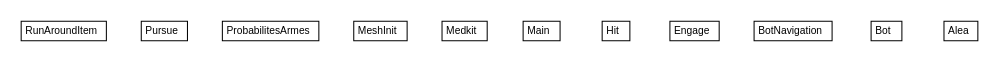
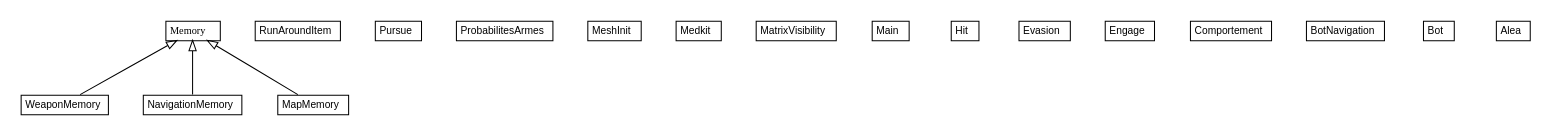
Before and after one commit to 1Fender1/BotContest2017: the diagram in target/apidocs/com/mycompany/utbotcontest/com.mycompany.utbotcontest.dot, drawn with Graphviz. The commit also changed 433 other files, not shown here.

```diff
--- a/target/apidocs/com/mycompany/utbotcontest/com.mycompany.utbotcontest.dot
+++ b/target/apidocs/com/mycompany/utbotcontest/com.mycompany.utbotcontest.dot
@@ -1,78 +1,126 @@
 #!/usr/local/bin/dot
 #
 # Class diagram 
 # Generated by UMLGraph version 5.1 (http://www.umlgraph.org/)
 #
 
 digraph G {
 	edge [fontname="arial",fontsize=10,labelfontname="arial",labelfontsize=10];
 	node [fontname="arial",fontsize=10,shape=plaintext];
 	nodesep=0.25;
 	ranksep=0.5;
+	// com.mycompany.utbotcontest.WeaponMemory
+	c0 [label=<<table title="com.mycompany.utbotcontest.WeaponMemory" border="0" cellborder="1" cellspacing="0" cellpadding="2" port="p" href="./WeaponMemory.html">
+		<tr><td><table border="0" cellspacing="0" cellpadding="1">
+<tr><td align="center" balign="center"> WeaponMemory </td></tr>
+		</table></td></tr>
+		</table>>, fontname="arial", fontcolor="black", fontsize=10.0];
 	// com.mycompany.utbotcontest.RunAroundItem
-	c0 [label=<<table title="com.mycompany.utbotcontest.RunAroundItem" border="0" cellborder="1" cellspacing="0" cellpadding="2" port="p" href="./RunAroundItem.html">
+	c1 [label=<<table title="com.mycompany.utbotcontest.RunAroundItem" border="0" cellborder="1" cellspacing="0" cellpadding="2" port="p" href="./RunAroundItem.html">
 		<tr><td><table border="0" cellspacing="0" cellpadding="1">
 <tr><td align="center" balign="center"> RunAroundItem </td></tr>
 		</table></td></tr>
 		</table>>, fontname="arial", fontcolor="black", fontsize=10.0];
 	// com.mycompany.utbotcontest.Pursue
-	c1 [label=<<table title="com.mycompany.utbotcontest.Pursue" border="0" cellborder="1" cellspacing="0" cellpadding="2" port="p" href="./Pursue.html">
+	c2 [label=<<table title="com.mycompany.utbotcontest.Pursue" border="0" cellborder="1" cellspacing="0" cellpadding="2" port="p" href="./Pursue.html">
 		<tr><td><table border="0" cellspacing="0" cellpadding="1">
 <tr><td align="center" balign="center"> Pursue </td></tr>
 		</table></td></tr>
 		</table>>, fontname="arial", fontcolor="black", fontsize=10.0];
 	// com.mycompany.utbotcontest.ProbabilitesArmes
-	c2 [label=<<table title="com.mycompany.utbotcontest.ProbabilitesArmes" border="0" cellborder="1" cellspacing="0" cellpadding="2" port="p" href="./ProbabilitesArmes.html">
+	c3 [label=<<table title="com.mycompany.utbotcontest.ProbabilitesArmes" border="0" cellborder="1" cellspacing="0" cellpadding="2" port="p" href="./ProbabilitesArmes.html">
 		<tr><td><table border="0" cellspacing="0" cellpadding="1">
 <tr><td align="center" balign="center"> ProbabilitesArmes </td></tr>
 		</table></td></tr>
 		</table>>, fontname="arial", fontcolor="black", fontsize=10.0];
+	// com.mycompany.utbotcontest.NavigationMemory
+	c4 [label=<<table title="com.mycompany.utbotcontest.NavigationMemory" border="0" cellborder="1" cellspacing="0" cellpadding="2" port="p" href="./NavigationMemory.html">
+		<tr><td><table border="0" cellspacing="0" cellpadding="1">
+<tr><td align="center" balign="center"> NavigationMemory </td></tr>
+		</table></td></tr>
+		</table>>, fontname="arial", fontcolor="black", fontsize=10.0];
 	// com.mycompany.utbotcontest.MeshInit
-	c3 [label=<<table title="com.mycompany.utbotcontest.MeshInit" border="0" cellborder="1" cellspacing="0" cellpadding="2" port="p" href="./MeshInit.html">
+	c5 [label=<<table title="com.mycompany.utbotcontest.MeshInit" border="0" cellborder="1" cellspacing="0" cellpadding="2" port="p" href="./MeshInit.html">
 		<tr><td><table border="0" cellspacing="0" cellpadding="1">
 <tr><td align="center" balign="center"> MeshInit </td></tr>
 		</table></td></tr>
 		</table>>, fontname="arial", fontcolor="black", fontsize=10.0];
+	// com.mycompany.utbotcontest.Memory
+	c6 [label=<<table title="com.mycompany.utbotcontest.Memory" border="0" cellborder="1" cellspacing="0" cellpadding="2" port="p" href="./Memory.html">
+		<tr><td><table border="0" cellspacing="0" cellpadding="1">
+<tr><td align="center" balign="center"><font face="ariali"> Memory </font></td></tr>
+		</table></td></tr>
+		</table>>, fontname="arial", fontcolor="black", fontsize=10.0];
 	// com.mycompany.utbotcontest.Medkit
-	c4 [label=<<table title="com.mycompany.utbotcontest.Medkit" border="0" cellborder="1" cellspacing="0" cellpadding="2" port="p" href="./Medkit.html">
+	c7 [label=<<table title="com.mycompany.utbotcontest.Medkit" border="0" cellborder="1" cellspacing="0" cellpadding="2" port="p" href="./Medkit.html">
 		<tr><td><table border="0" cellspacing="0" cellpadding="1">
 <tr><td align="center" balign="center"> Medkit </td></tr>
 		</table></td></tr>
 		</table>>, fontname="arial", fontcolor="black", fontsize=10.0];
+	// com.mycompany.utbotcontest.MatrixVisibility
+	c8 [label=<<table title="com.mycompany.utbotcontest.MatrixVisibility" border="0" cellborder="1" cellspacing="0" cellpadding="2" port="p" href="./MatrixVisibility.html">
+		<tr><td><table border="0" cellspacing="0" cellpadding="1">
+<tr><td align="center" balign="center"> MatrixVisibility </td></tr>
+		</table></td></tr>
+		</table>>, fontname="arial", fontcolor="black", fontsize=10.0];
+	// com.mycompany.utbotcontest.MapMemory
+	c9 [label=<<table title="com.mycompany.utbotcontest.MapMemory" border="0" cellborder="1" cellspacing="0" cellpadding="2" port="p" href="./MapMemory.html">
+		<tr><td><table border="0" cellspacing="0" cellpadding="1">
+<tr><td align="center" balign="center"> MapMemory </td></tr>
+		</table></td></tr>
+		</table>>, fontname="arial", fontcolor="black", fontsize=10.0];
 	// com.mycompany.utbotcontest.Main
-	c5 [label=<<table title="com.mycompany.utbotcontest.Main" border="0" cellborder="1" cellspacing="0" cellpadding="2" port="p" href="./Main.html">
+	c10 [label=<<table title="com.mycompany.utbotcontest.Main" border="0" cellborder="1" cellspacing="0" cellpadding="2" port="p" href="./Main.html">
 		<tr><td><table border="0" cellspacing="0" cellpadding="1">
 <tr><td align="center" balign="center"> Main </td></tr>
 		</table></td></tr>
 		</table>>, fontname="arial", fontcolor="black", fontsize=10.0];
 	// com.mycompany.utbotcontest.Hit
-	c6 [label=<<table title="com.mycompany.utbotcontest.Hit" border="0" cellborder="1" cellspacing="0" cellpadding="2" port="p" href="./Hit.html">
+	c11 [label=<<table title="com.mycompany.utbotcontest.Hit" border="0" cellborder="1" cellspacing="0" cellpadding="2" port="p" href="./Hit.html">
 		<tr><td><table border="0" cellspacing="0" cellpadding="1">
 <tr><td align="center" balign="center"> Hit </td></tr>
 		</table></td></tr>
 		</table>>, fontname="arial", fontcolor="black", fontsize=10.0];
+	// com.mycompany.utbotcontest.Evasion
+	c12 [label=<<table title="com.mycompany.utbotcontest.Evasion" border="0" cellborder="1" cellspacing="0" cellpadding="2" port="p" href="./Evasion.html">
+		<tr><td><table border="0" cellspacing="0" cellpadding="1">
+<tr><td align="center" balign="center"> Evasion </td></tr>
+		</table></td></tr>
+		</table>>, fontname="arial", fontcolor="black", fontsize=10.0];
 	// com.mycompany.utbotcontest.Engage
-	c7 [label=<<table title="com.mycompany.utbotcontest.Engage" border="0" cellborder="1" cellspacing="0" cellpadding="2" port="p" href="./Engage.html">
+	c13 [label=<<table title="com.mycompany.utbotcontest.Engage" border="0" cellborder="1" cellspacing="0" cellpadding="2" port="p" href="./Engage.html">
 		<tr><td><table border="0" cellspacing="0" cellpadding="1">
 <tr><td align="center" balign="center"> Engage </td></tr>
 		</table></td></tr>
 		</table>>, fontname="arial", fontcolor="black", fontsize=10.0];
+	// com.mycompany.utbotcontest.Comportement
+	c14 [label=<<table title="com.mycompany.utbotcontest.Comportement" border="0" cellborder="1" cellspacing="0" cellpadding="2" port="p" href="./Comportement.html">
+		<tr><td><table border="0" cellspacing="0" cellpadding="1">
+<tr><td align="center" balign="center"> Comportement </td></tr>
+		</table></td></tr>
+		</table>>, fontname="arial", fontcolor="black", fontsize=10.0];
 	// com.mycompany.utbotcontest.BotNavigation
-	c8 [label=<<table title="com.mycompany.utbotcontest.BotNavigation" border="0" cellborder="1" cellspacing="0" cellpadding="2" port="p" href="./BotNavigation.html">
+	c15 [label=<<table title="com.mycompany.utbotcontest.BotNavigation" border="0" cellborder="1" cellspacing="0" cellpadding="2" port="p" href="./BotNavigation.html">
 		<tr><td><table border="0" cellspacing="0" cellpadding="1">
 <tr><td align="center" balign="center"> BotNavigation </td></tr>
 		</table></td></tr>
 		</table>>, fontname="arial", fontcolor="black", fontsize=10.0];
 	// com.mycompany.utbotcontest.Bot
-	c9 [label=<<table title="com.mycompany.utbotcontest.Bot" border="0" cellborder="1" cellspacing="0" cellpadding="2" port="p" href="./Bot.html">
+	c16 [label=<<table title="com.mycompany.utbotcontest.Bot" border="0" cellborder="1" cellspacing="0" cellpadding="2" port="p" href="./Bot.html">
 		<tr><td><table border="0" cellspacing="0" cellpadding="1">
 <tr><td align="center" balign="center"> Bot </td></tr>
 		</table></td></tr>
 		</table>>, fontname="arial", fontcolor="black", fontsize=10.0];
 	// com.mycompany.utbotcontest.Alea
-	c10 [label=<<table title="com.mycompany.utbotcontest.Alea" border="0" cellborder="1" cellspacing="0" cellpadding="2" port="p" href="./Alea.html">
+	c17 [label=<<table title="com.mycompany.utbotcontest.Alea" border="0" cellborder="1" cellspacing="0" cellpadding="2" port="p" href="./Alea.html">
 		<tr><td><table border="0" cellspacing="0" cellpadding="1">
 <tr><td align="center" balign="center"> Alea </td></tr>
 		</table></td></tr>
 		</table>>, fontname="arial", fontcolor="black", fontsize=10.0];
+	//com.mycompany.utbotcontest.WeaponMemory extends com.mycompany.utbotcontest.Memory
+	c6:p -> c0:p [dir=back,arrowtail=empty];
+	//com.mycompany.utbotcontest.NavigationMemory extends com.mycompany.utbotcontest.Memory
+	c6:p -> c4:p [dir=back,arrowtail=empty];
+	//com.mycompany.utbotcontest.MapMemory extends com.mycompany.utbotcontest.Memory
+	c6:p -> c9:p [dir=back,arrowtail=empty];
 }
```
